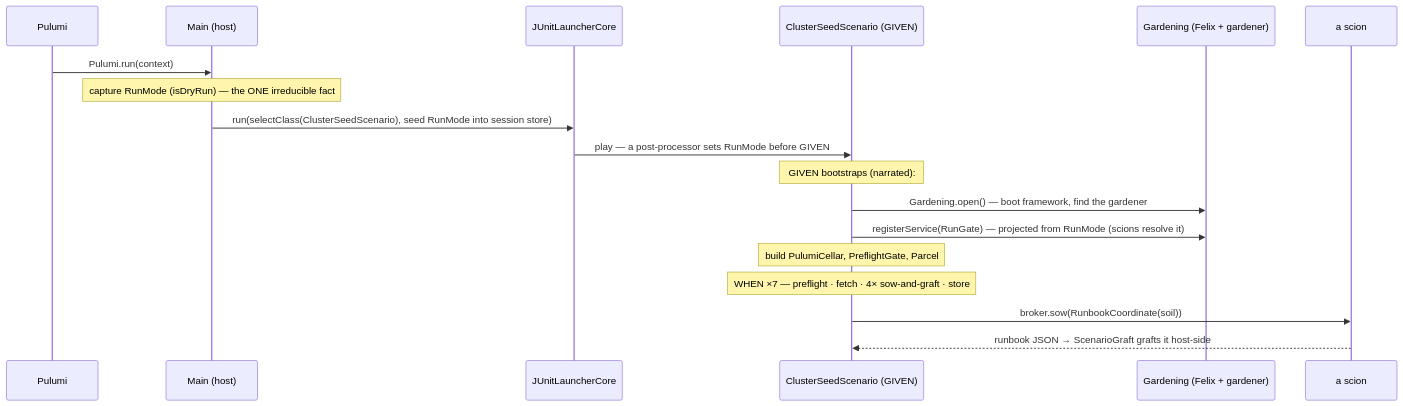
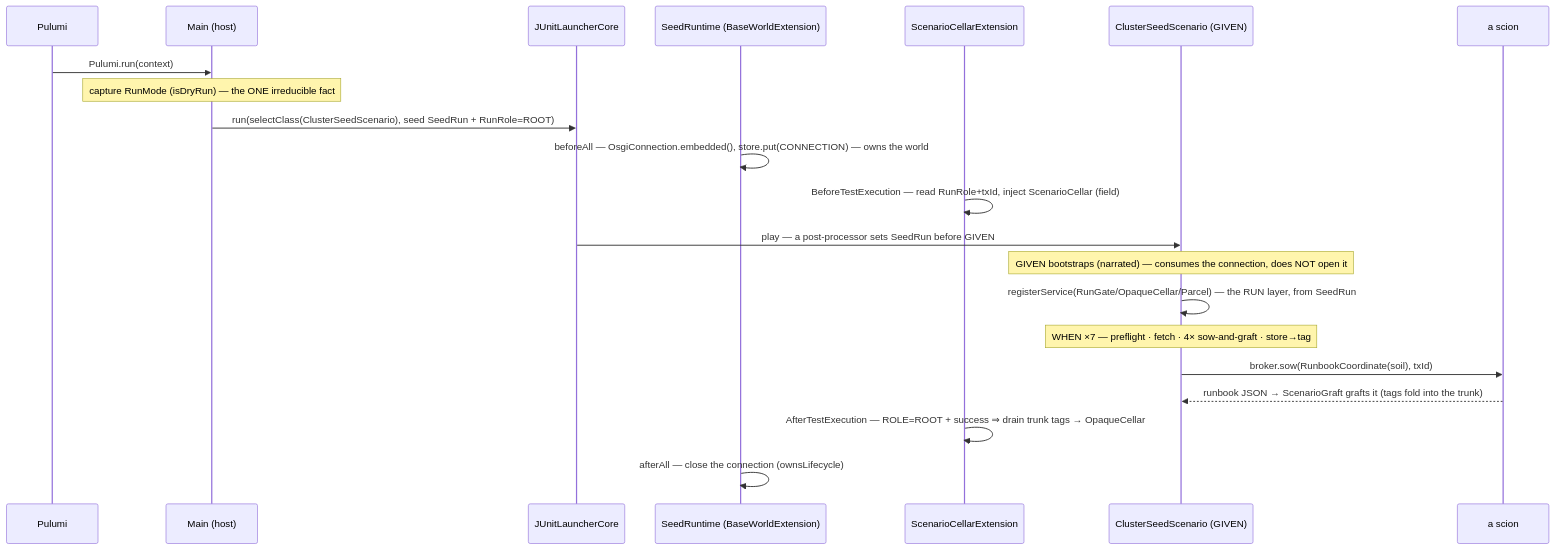
The third of 7 diagrams in docs/architecture/atlas/seed.adoc (nxmatic/rke2lab), drawn with Mermaid before and after one commit. The commit also changed other lines of this file and 45 other files, not shown here.

```diff
--- a/docs/architecture/atlas/seed.adoc
+++ b/docs/architecture/atlas/seed.adoc
@@ -294,22 +294,25 @@
 [mermaid]
 ----
 sequenceDiagram
   participant P as Pulumi
   participant M as Main (host)
   participant L as JUnitLauncherCore
+  participant WE as SeedRuntime (BaseWorldExtension)
+  participant CE as ScenarioCellarExtension
   participant S as ClusterSeedScenario (GIVEN)
-  participant G as Gardening (Felix + gardener)
   participant Sc as a scion
 
   P->>M: Pulumi.run(context)
   Note over M: capture RunMode (isDryRun) — the ONE irreducible fact
-  M->>L: run(selectClass(ClusterSeedScenario), seed RunMode into session store)
-  L->>S: play — a post-processor sets RunMode before GIVEN
-  Note over S: GIVEN bootstraps (narrated):
-  S->>G: Gardening.open() — boot framework, find the gardener
-  S->>G: registerService(RunGate) — projected from RunMode (scions resolve it)
-  Note over S: build PulumiCellar, PreflightGate, Parcel
-  Note over S: WHEN ×7 — preflight · fetch · 4× sow-and-graft · store
-  S->>Sc: broker.sow(RunbookCoordinate(soil))
-  Sc-->>S: runbook JSON → ScenarioGraft grafts it host-side
+  M->>L: run(selectClass(ClusterSeedScenario), seed SeedRun + RunRole=ROOT)
+  WE->>WE: beforeAll — OsgiConnection.embedded(), store.put(CONNECTION) — owns the world
+  CE->>CE: BeforeTestExecution — read RunRole+txId, inject ScenarioCellar (field)
+  L->>S: play — a post-processor sets SeedRun before GIVEN
+  Note over S: GIVEN bootstraps (narrated) — consumes the connection, does NOT open it
+  S->>S: registerService(RunGate/OpaqueCellar/Parcel) — the RUN layer, from SeedRun
+  Note over S: WHEN ×7 — preflight · fetch · 4× sow-and-graft · store→tag
+  S->>Sc: broker.sow(RunbookCoordinate(soil), txId)
+  Sc-->>S: runbook JSON → ScenarioGraft grafts it (tags fold into the trunk)
+  CE->>CE: AfterTestExecution — ROLE=ROOT + success ⇒ drain trunk tags → OpaqueCellar
+  WE->>WE: afterAll — close the connection (ownsLifecycle)
 ----
```
